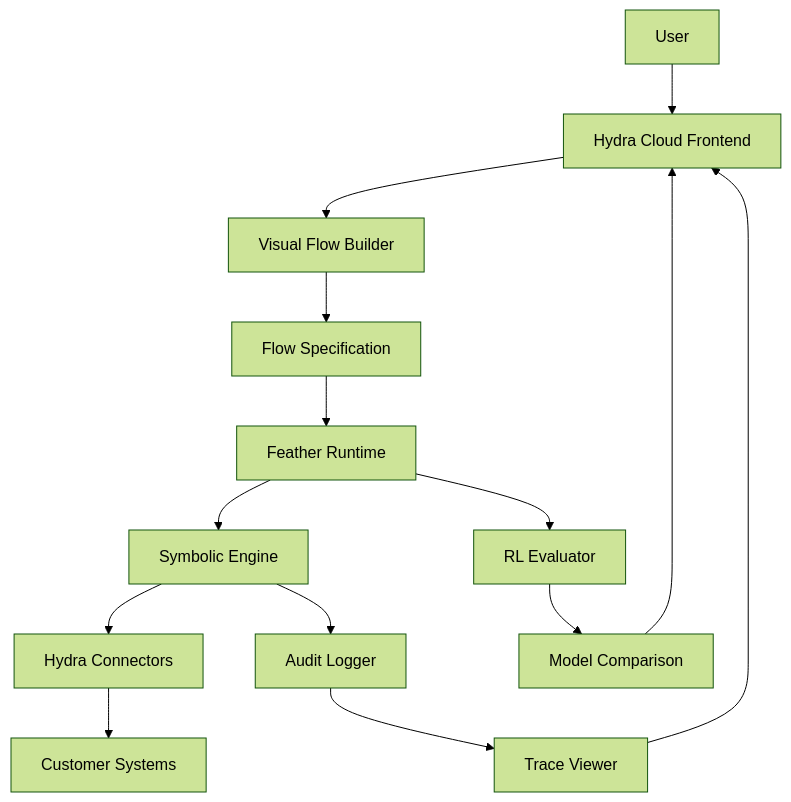
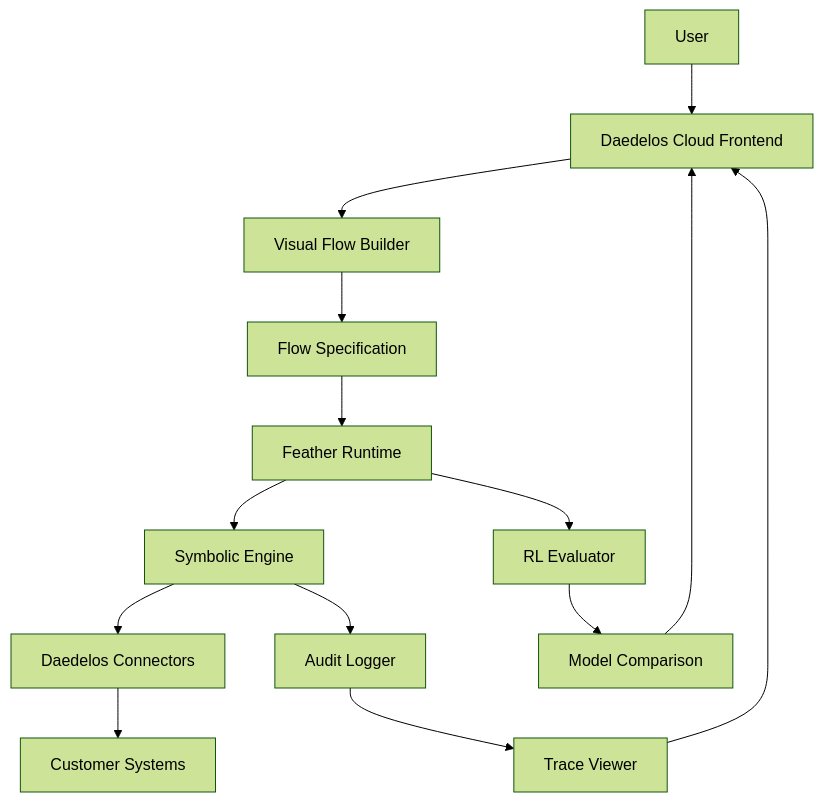
The diagram in README.md (Geddydukes/Hydra_system), drawn with Mermaid (forest theme) before and after one commit. The commit also changed other lines of this file, not shown here.

Commit message:
Rename Hydra Systems to Daedelos Systems

````diff
--- a/README.md
+++ b/README.md
@@ -37,16 +37,16 @@
 ```mermaid
 graph TB
-    A[User] --> B[Hydra Cloud Frontend]
+    A[User] --> B[Daedelos Cloud Frontend]
     B --> C[Visual Flow Builder]
     C --> D[Flow Specification]
     D --> E[Feather Runtime]
     E --> F[Symbolic Engine]
-    F --> G[Hydra Connectors]
+    F --> G[Daedelos Connectors]
     G --> H[Customer Systems]
     F --> I[Audit Logger]
     I --> J[Trace Viewer]
     J --> B
     E --> K[RL Evaluator]
     K --> L[Model Comparison]
     L --> B
 ```
````
